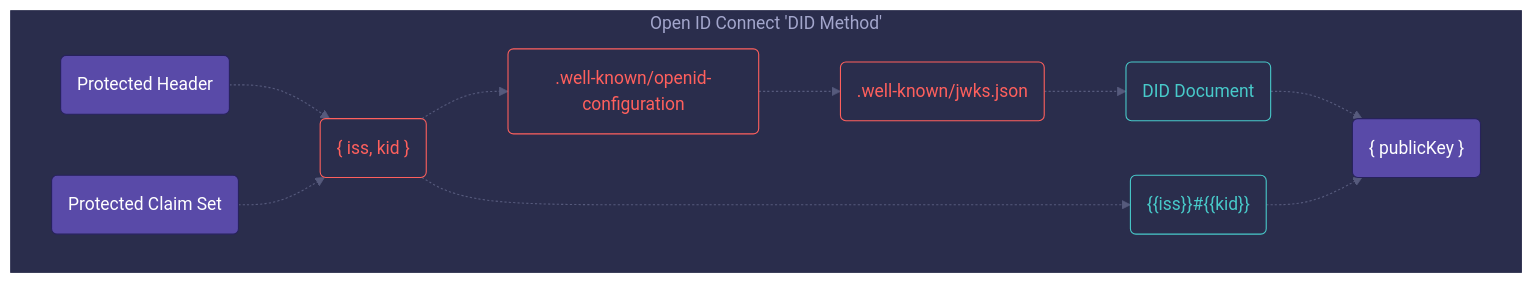
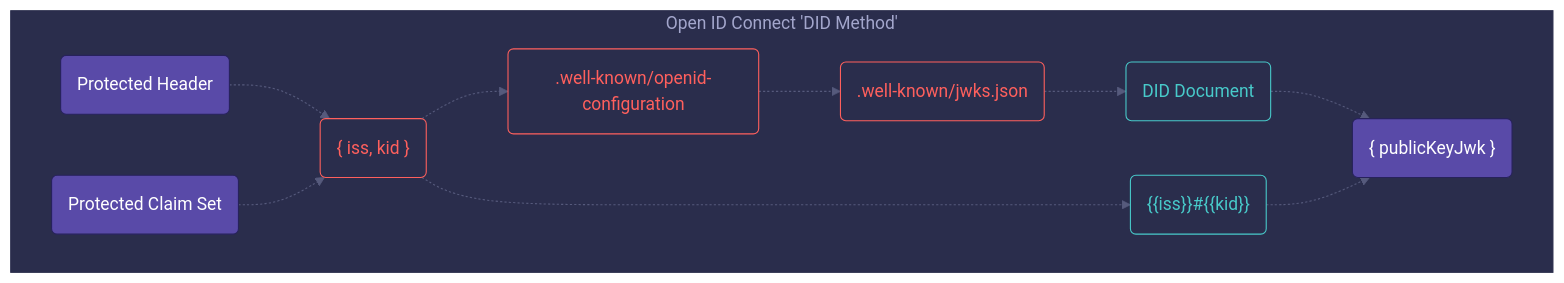
The third of 3 diagrams in README.md (transmute-industries/did-transmute), drawn with Mermaid before and after one commit. The commit also changed other lines of this file and 1 other file, not shown here.

````diff
--- a/README.md
+++ b/README.md
@@ -306,56 +301,56 @@
 ```mermaid
 %%{
   init: {
     'theme': 'base',
     'themeVariables': {
       'primaryColor': '#2a2d4c',
       'primaryTextColor': '#565a7c',
       'nodeBorder': '#565a7c',
       'edgeLabelBackground': '#2a2d4c',
       'clusterBkg': '#2a2d4c',
       'clusterBorder': '#2a2d4c',
       'lineColor': '#565a7c',
       'fontFamily': 'monospace',
       'darkmode': true
     }
   }
 }%%
 %% Support https://transmute.industries
 
 flowchart LR
 subgraph 0 [Open ID Connect 'DID Method']
 direction LR
 ProtectedHeader("Protected Header")
 ProtectedClaimSet("Protected Claim Set")
 DecodedVerificationMethodComponents("{ iss, kid }")
 WellKnownConfig(".well-known/openid-configuration")
 WellKnownJwks(".well-known/jwks.json")
 DidDocument("DID Document")
 
 ProtectedHeader -.-> DecodedVerificationMethodComponents
 ProtectedClaimSet -.-> DecodedVerificationMethodComponents
 DecodedVerificationMethodComponents -.-> WellKnownConfig
 WellKnownConfig -.-> WellKnownJwks
 WellKnownJwks -.-> DidDocument
 
 VerificationMethod("{{iss}}#{{kid}}")
 DecodedVerificationMethodComponents -.-> VerificationMethod
 
 DidDocument -.-> publicKey
-publicKey("{ publicKey }")
+publicKey("{ publicKeyJwk }")
 VerificationMethod -.-> publicKey
 
 class ProtectedHeader,ProtectedClaimSet,publicKey PurpleNode
 class DecodedVerificationMethodComponents,WellKnownConfig,WellKnownJwks RedNode
 class DidDocument,VerificationMethod TealNode
 
 classDef PurpleNode color:#fff, fill:#594aa8, stroke:#27225b, stroke-width:1px;
 classDef RedNode color:#ff605d, stroke:#ff605d, stroke-width:1px;
 classDef OrangeNode color:#fcb373, stroke:#fcb373, stroke-width:1px;
 classDef GreyNode fill:#f5f7fd, stroke:#f5f7fd, stroke-width:1px;
 classDef WhiteNode color:#fff, stroke:#fff, stroke-width:1px;
 classDef DarkPurpleNode color:#f5f7fd, fill:#27225b, stroke:#f5f7fd, stroke-width:1px;
 classDef TealNode color:#48caca, stroke:#48caca, stroke-width:1px;
 classDef AquaNode color:#2cb3d9, stroke:#2cb3d9, stroke-width:1px;
 end
 ```
````
